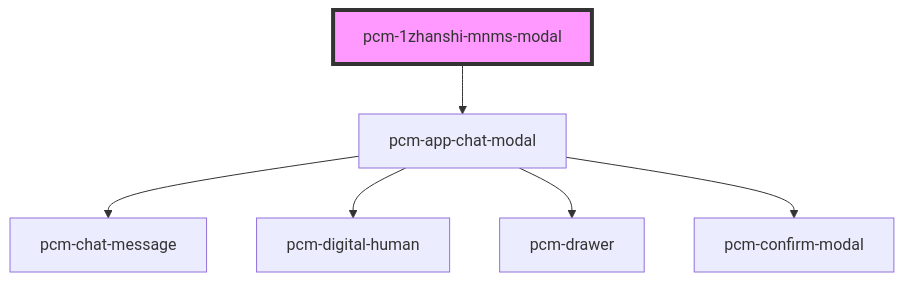
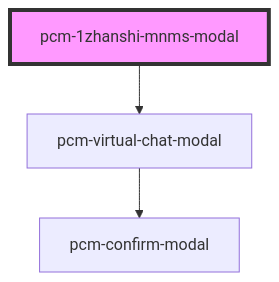
Before and after one commit to Pincaimao/pcm-agents-sdk: the diagram in packages/pcm-agents/docs/components/pcm-1zhanshi-mnms-modal/readme.md, drawn with Mermaid. The commit also changed other lines of this file and 9 other files, not shown here.

````diff
--- a/packages/pcm-agents/docs/components/pcm-1zhanshi-mnms-modal/readme.md
+++ b/packages/pcm-agents/docs/components/pcm-1zhanshi-mnms-modal/readme.md
@@ -48,9 +51,6 @@
 ```mermaid
 graph TD;
-  pcm-1zhanshi-mnms-modal --> pcm-app-chat-modal
-  pcm-app-chat-modal --> pcm-chat-message
-  pcm-app-chat-modal --> pcm-digital-human
-  pcm-app-chat-modal --> pcm-drawer
-  pcm-app-chat-modal --> pcm-confirm-modal
+  pcm-1zhanshi-mnms-modal --> pcm-virtual-chat-modal
+  pcm-virtual-chat-modal --> pcm-confirm-modal
   style pcm-1zhanshi-mnms-modal fill:#f9f,stroke:#333,stroke-width:4px
 ```
````
